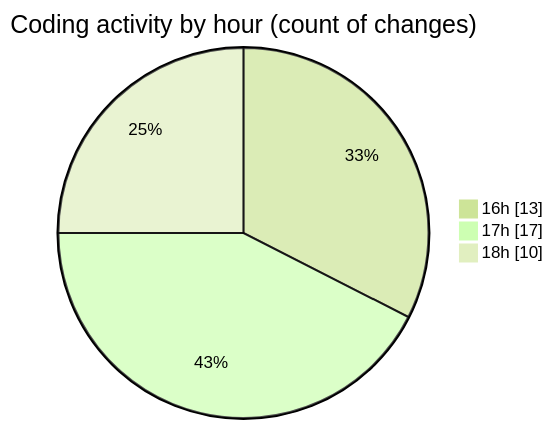
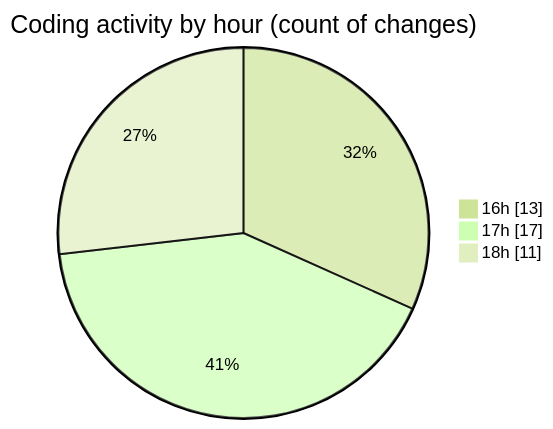
One commit to idhammustaqopulfikri/code-tracking changed the second of 2 diagrams in 2025-05-28/studio-backend/README.md. Above: the diagram before and after it, drawn with Mermaid (forest theme). The commit also changed other lines of this file and 1 other file, not shown here.

````diff
--- a/2025-05-28/studio-backend/README.md
+++ b/2025-05-28/studio-backend/README.md
@@ -44,7 +44,7 @@
 ```mermaid
 pie showData
 title Coding activity by hour (count of changes)
 "16h" : 13
 "17h" : 17
-"18h" : 10
+"18h" : 11
 ```
````
